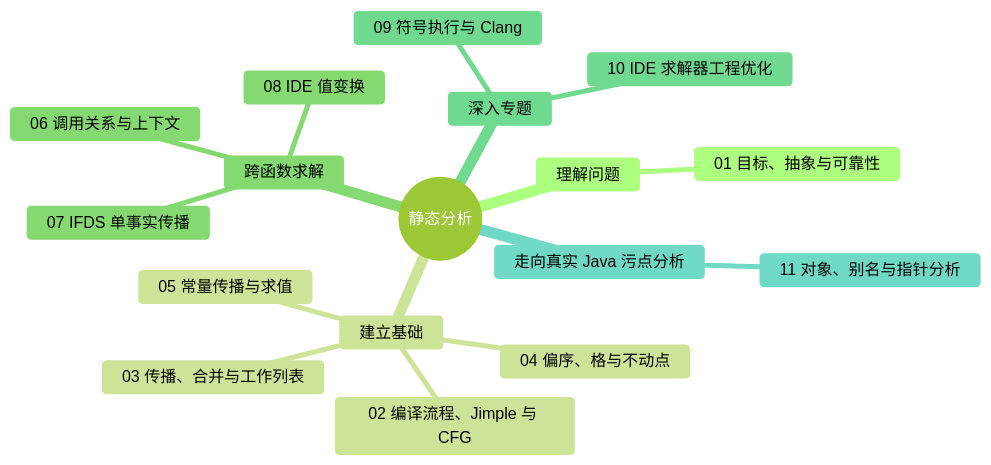
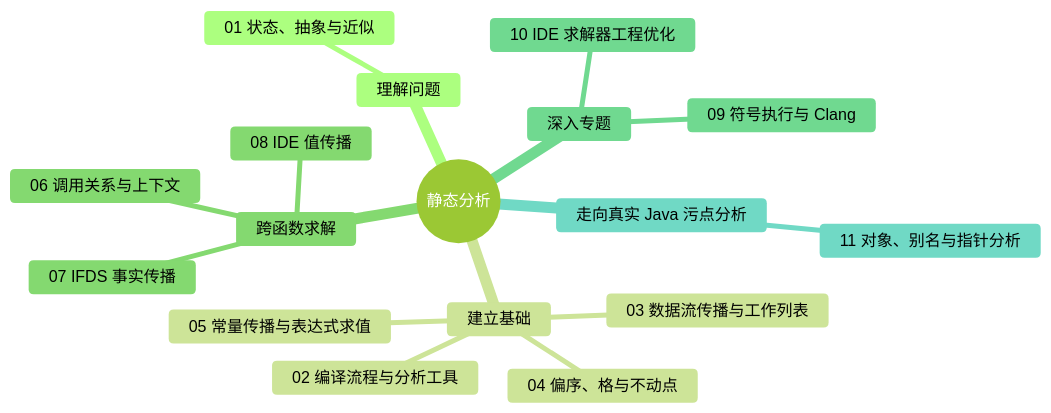
One commit to Scrates1/Scrates1.github.io changed the diagram in src/static-analysis/assets/00-series-1.mmd. Above: the diagram before and after it, drawn with Mermaid (forest theme). The commit also changed other lines of this file and 22 other files, not shown here.

```diff
--- a/src/static-analysis/assets/00-series-1.mmd
+++ b/src/static-analysis/assets/00-series-1.mmd
@@ -1,18 +1,18 @@
 mindmap
   root((静态分析))
     理解问题
-      01 目标、抽象与可靠性
+      01 状态、抽象与近似
     建立基础
-      02 编译流程、Jimple 与 CFG
-      03 传播、合并与工作列表
+      02 编译流程与分析工具
+      03 数据流传播与工作列表
       04 偏序、格与不动点
-      05 常量传播与求值
+      05 常量传播与表达式求值
     跨函数求解
       06 调用关系与上下文
-      07 IFDS 单事实传播
-      08 IDE 值变换
+      07 IFDS 事实传播
+      08 IDE 值传播
     深入专题
       09 符号执行与 Clang
       10 IDE 求解器工程优化
     走向真实 Java 污点分析
       11 对象、别名与指针分析
```
